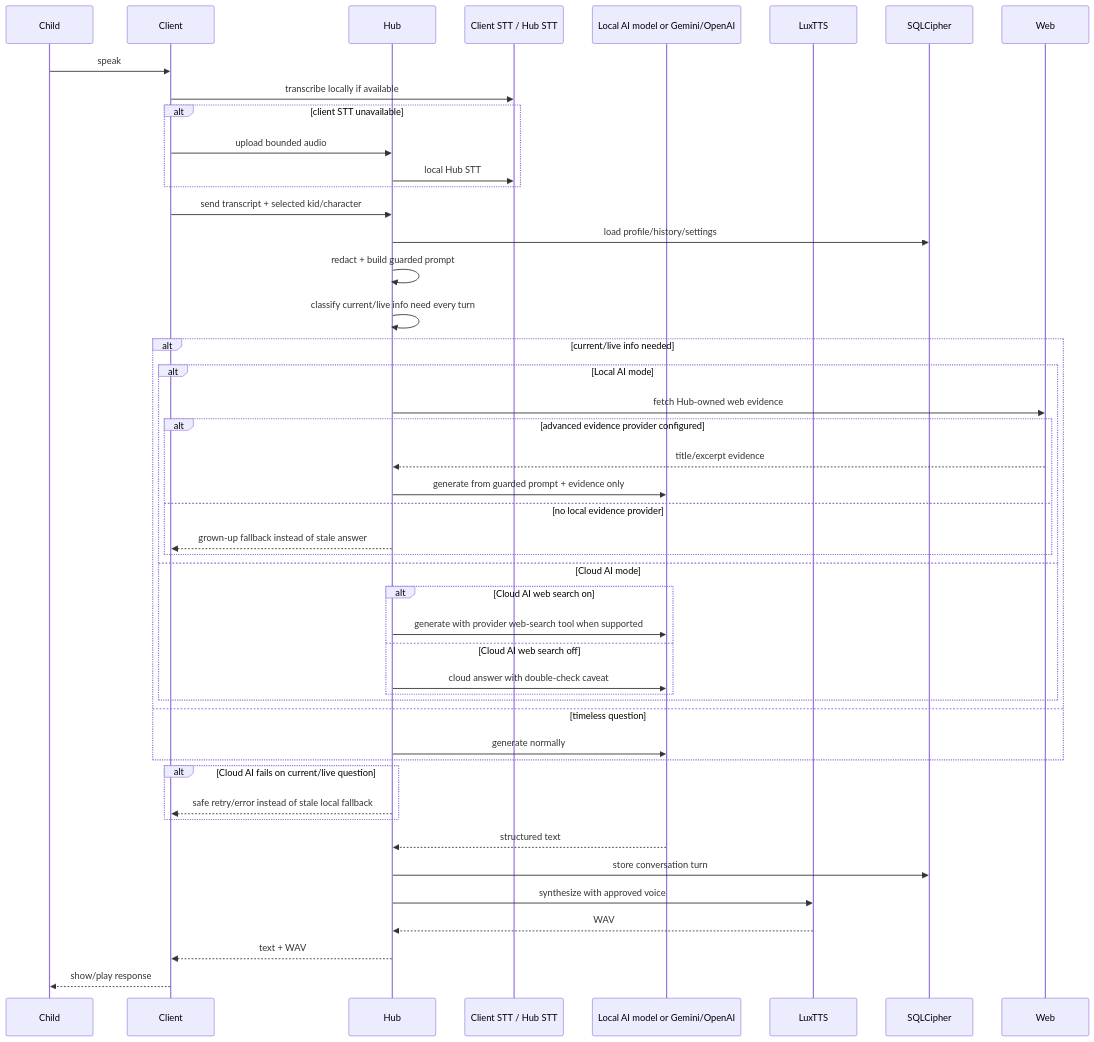
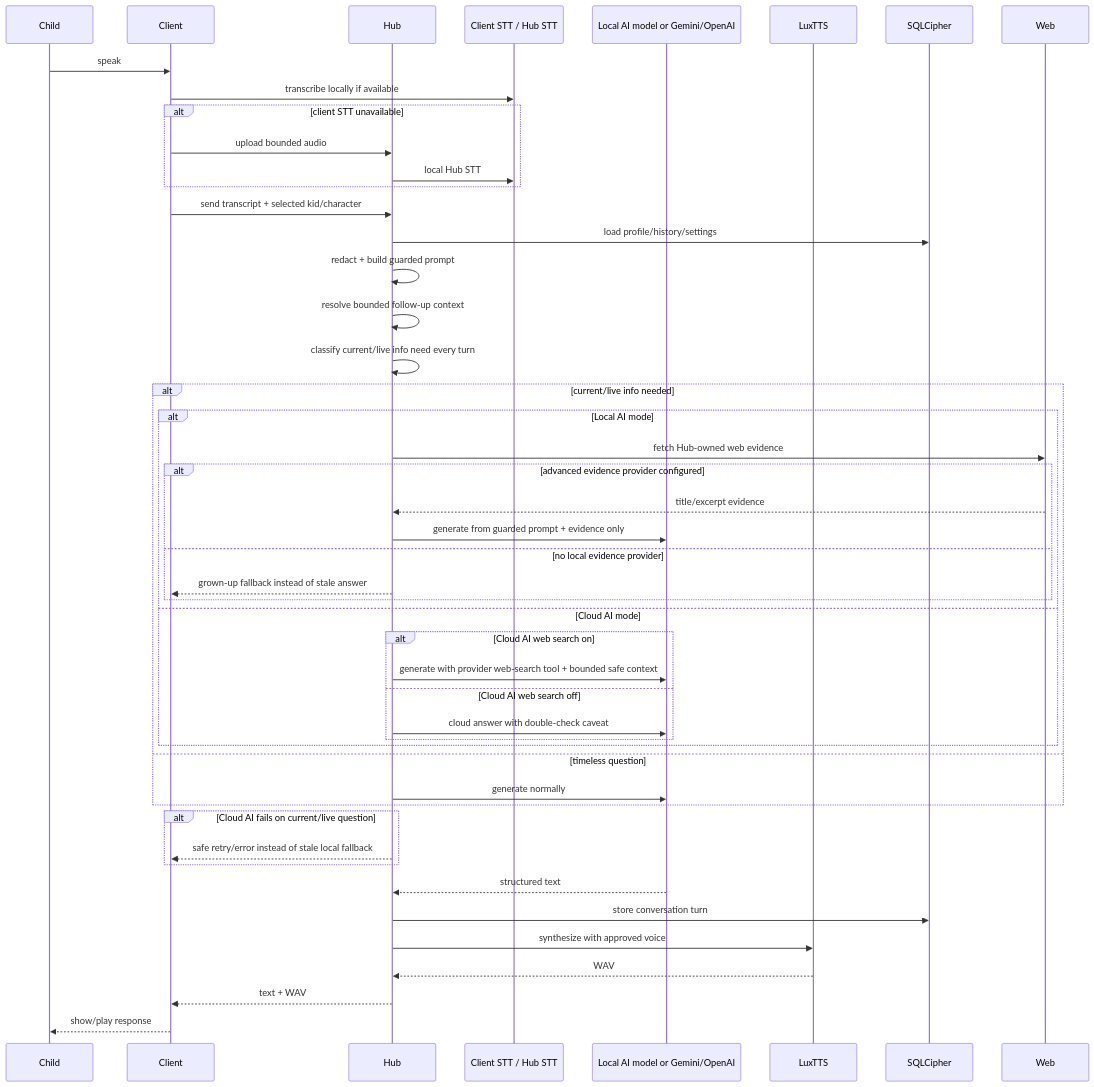
One commit to palwe-prafulla/plushpal changed the fourth of 4 diagrams in docs/architecture/SYSTEM_DESIGN.md. Above: the diagram before and after it, drawn with Mermaid. The commit also changed other lines of this file and 12 other files, not shown here.

````diff
--- a/docs/architecture/SYSTEM_DESIGN.md
+++ b/docs/architecture/SYSTEM_DESIGN.md
@@ -479,49 +484,50 @@
 ```mermaid
 sequenceDiagram
     participant Child
     participant Client
     participant Hub
     participant STT as Client STT / Hub STT
     participant Reason as Local AI model or Gemini/OpenAI
     participant Lux as LuxTTS
     participant DB as SQLCipher
 
     Child->>Client: speak
     Client->>STT: transcribe locally if available
     alt client STT unavailable
         Client->>Hub: upload bounded audio
         Hub->>STT: local Hub STT
     end
     Client->>Hub: send transcript + selected kid/character
     Hub->>DB: load profile/history/settings
     Hub->>Hub: redact + build guarded prompt
+    Hub->>Hub: resolve bounded follow-up context
     Hub->>Hub: classify current/live info need every turn
     alt current/live info needed
         alt Local AI mode
             Hub->>Web: fetch Hub-owned web evidence
             alt advanced evidence provider configured
                 Web-->>Hub: title/excerpt evidence
                 Hub->>Reason: generate from guarded prompt + evidence only
             else no local evidence provider
                 Hub-->>Client: grown-up fallback instead of stale answer
             end
         else Cloud AI mode
             alt Cloud AI web search on
-                Hub->>Reason: generate with provider web-search tool when supported
+                Hub->>Reason: generate with provider web-search tool + bounded safe context
             else Cloud AI web search off
                 Hub->>Reason: cloud answer with double-check caveat
             end
         end
     else timeless question
         Hub->>Reason: generate normally
     end
     alt Cloud AI fails on current/live question
         Hub-->>Client: safe retry/error instead of stale local fallback
     end
     Reason-->>Hub: structured text
     Hub->>DB: store conversation turn
     Hub->>Lux: synthesize with approved voice
     Lux-->>Hub: WAV
     Hub-->>Client: text + WAV
     Client-->>Child: show/play response
 ```
````
